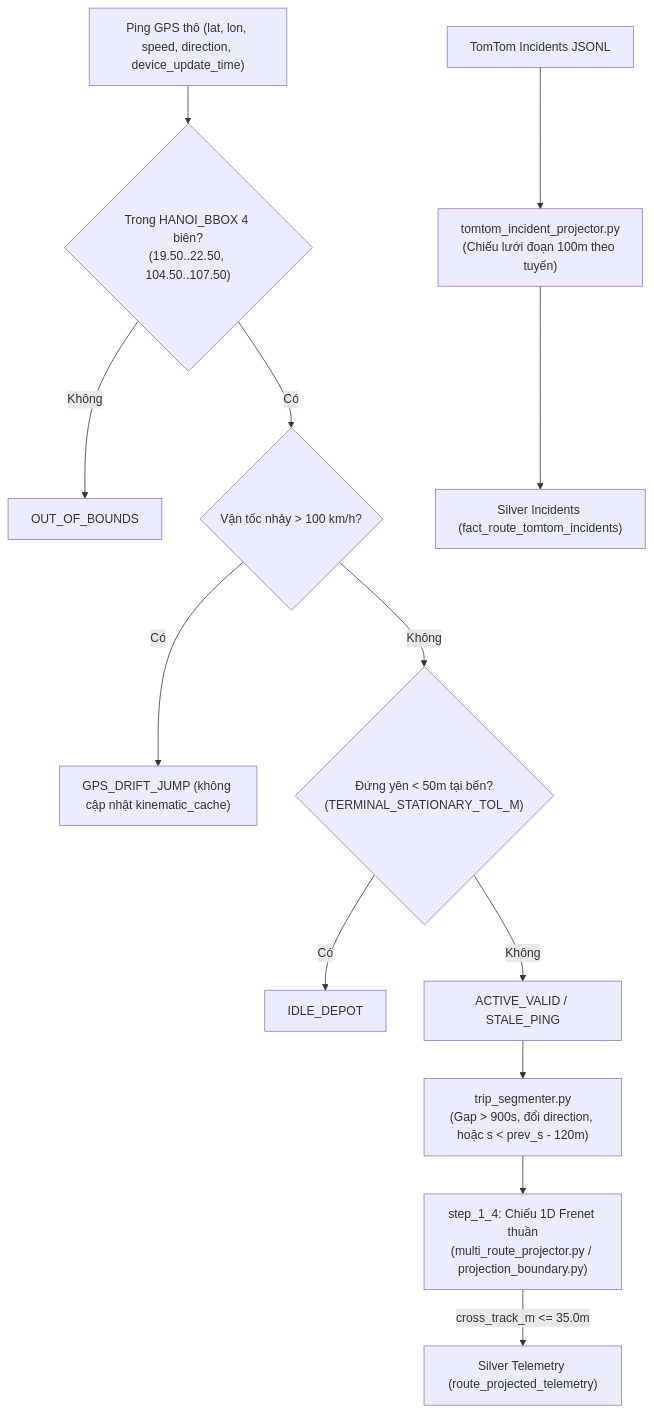
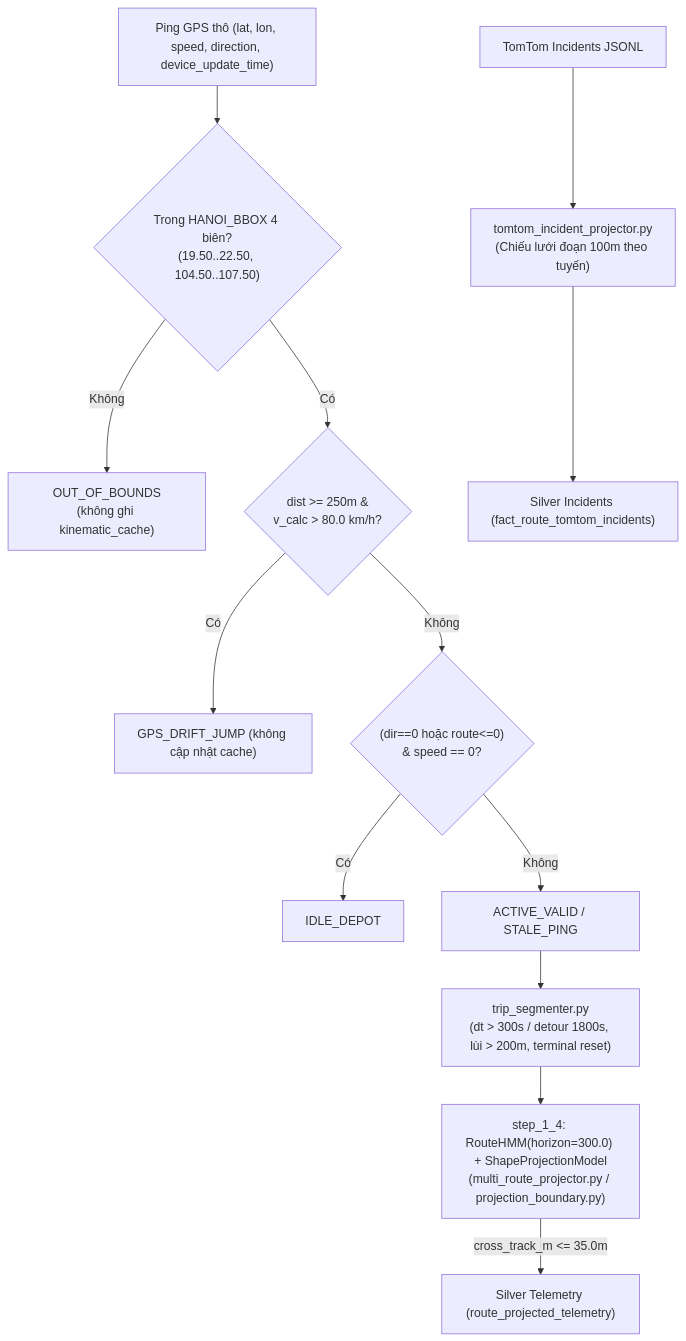
The diagram in docs/PREPROCESSING.md (toibinguz/Bus_tracking), drawn with Mermaid before and after one commit. The commit also changed other lines of this file and 6 other files, not shown here.

Commit message:
docs: sync SSOT thresholds (80 km/h, 250m, 15m, 300s) and Batch RouteHMM(300s) after merge

````diff
--- a/docs/PREPROCESSING.md
+++ b/docs/PREPROCESSING.md
@@ -9,15 +9,15 @@
 ```mermaid
 flowchart TD
     PING["Ping GPS thô (lat, lon, speed, direction, device_update_time)"] --> BBOX{"Trong HANOI_BBOX 4 biên?\n(19.50..22.50, 104.50..107.50)"}
-    BBOX -->|"Không"| OOB["OUT_OF_BOUNDS"]
-    BBOX -->|"Có"| KIN{"Vận tốc nhảy > 100 km/h?"}
-    KIN -->|"Có"| DRIFT["GPS_DRIFT_JUMP (không cập nhật kinematic_cache)"]
-    KIN -->|"Không"| DEPOT{"Đứng yên < 50m tại bến?\n(TERMINAL_STATIONARY_TOL_M)"}
+    BBOX -->|"Không"| OOB["OUT_OF_BOUNDS\n(không ghi kinematic_cache)"]
+    BBOX -->|"Có"| KIN{"dist >= 250m &\nv_calc > 80.0 km/h?"}
+    KIN -->|"Có"| DRIFT["GPS_DRIFT_JUMP (không cập nhật cache)"]
+    KIN -->|"Không"| DEPOT{"(dir==0 hoặc route<=0)\n& speed == 0?"}
     DEPOT -->|"Có"| IDLE["IDLE_DEPOT"]
     DEPOT -->|"Không"| VALID["ACTIVE_VALID / STALE_PING"]
-    VALID --> SEG["trip_segmenter.py\n(Gap > 900s, đổi direction, hoặc s < prev_s - 120m)"]
-    SEG --> PROJ["step_1_4: Chiếu 1D Frenet thuần\n(multi_route_projector.py / projection_boundary.py)"]
+    VALID --> SEG["trip_segmenter.py\n(dt > 300s / detour 1800s, lùi > 200m, terminal reset)"]
+    SEG --> PROJ["step_1_4: RouteHMM(horizon=300.0) + ShapeProjectionModel\n(multi_route_projector.py / projection_boundary.py)"]
     INC["TomTom Incidents JSONL"] --> INCPROJ["tomtom_incident_projector.py\n(Chiếu lưới đoạn 100m theo tuyến)"]
     PROJ -->|"cross_track_m <= 35.0m"| SIL["Silver Telemetry (route_projected_telemetry)"]
     INCPROJ --> SILINC["Silver Incidents (fact_route_tomtom_incidents)"]
 ```
````
